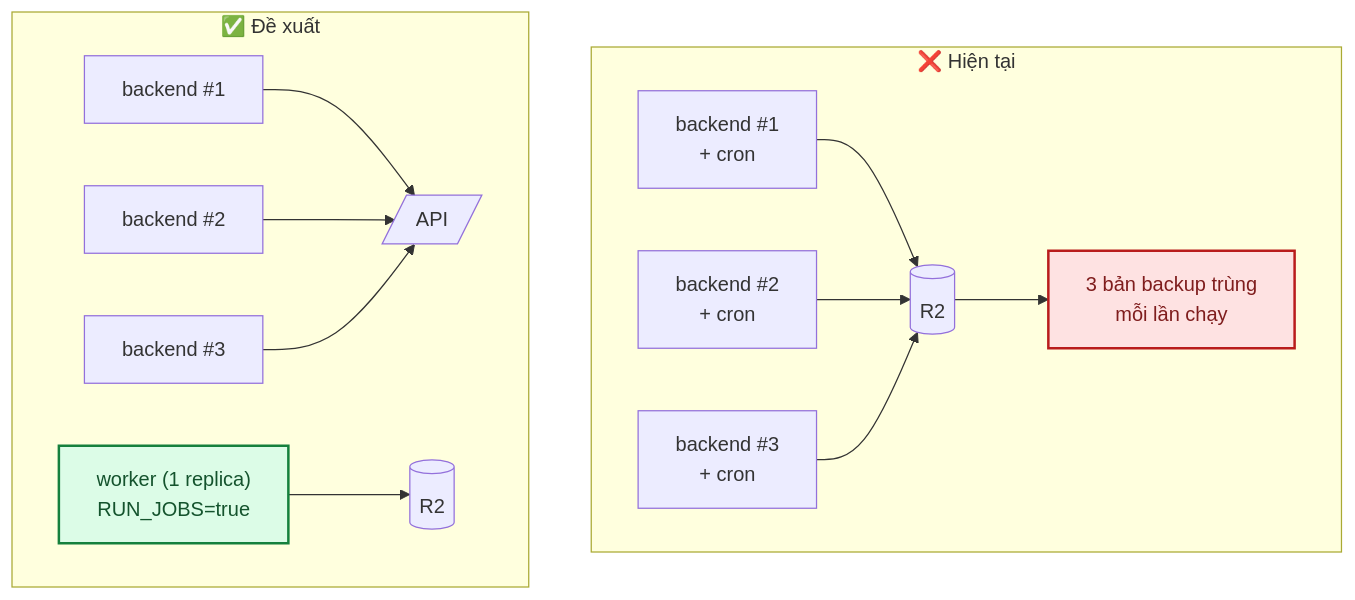
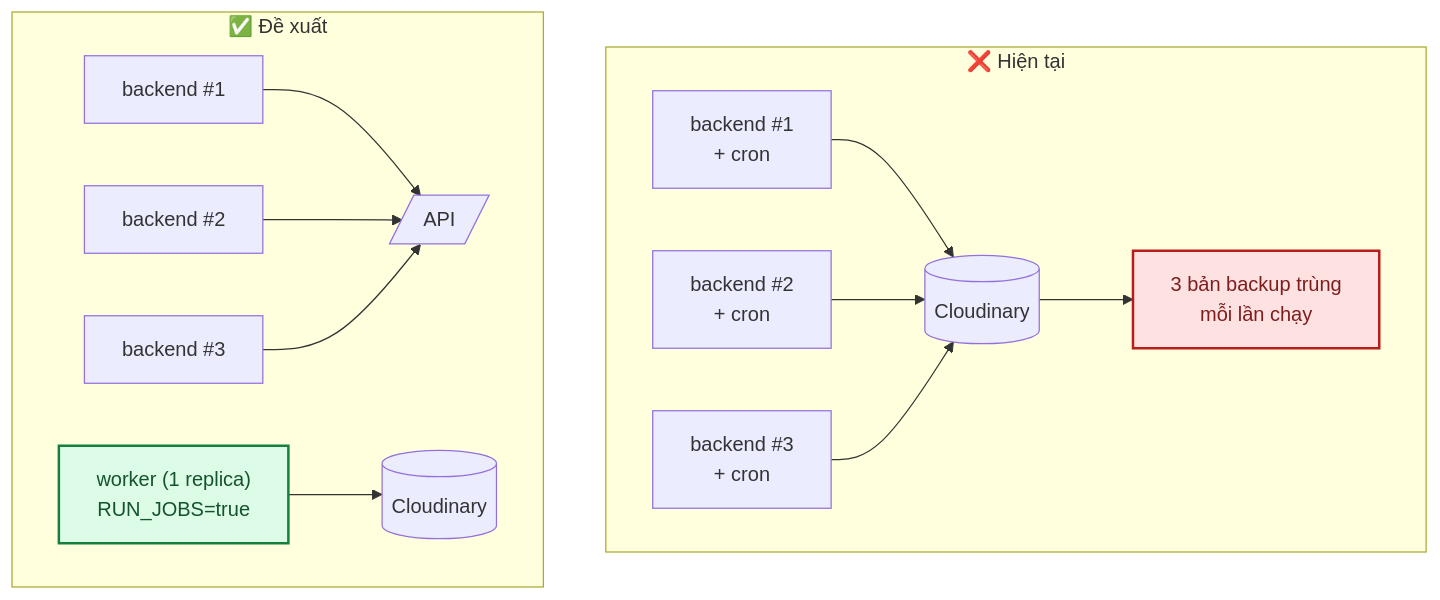
One commit to Hungvu0712/FLOWER changed the fourth of 6 diagrams in docs/12-danh-gia-va-de-xuat.md. Above: the diagram before and after it, drawn with Mermaid. The commit also changed other lines of this file and 40 other files, not shown here.

````diff
--- a/docs/12-danh-gia-va-de-xuat.md
+++ b/docs/12-danh-gia-va-de-xuat.md
@@ -309,18 +309,18 @@
 ```mermaid
 flowchart TD
     subgraph NOW["❌ Hiện tại"]
-        A1["backend #1<br/>+ cron"] --> R1[(R2)]
-        A2["backend #2<br/>+ cron"] --> R1
-        A3["backend #3<br/>+ cron"] --> R1
-        R1 --> DUP["3 bản backup trùng<br/>mỗi lần chạy"]
+        A1["backend #1<br/>+ cron"] --> CD1[(Cloudinary)]
+        A2["backend #2<br/>+ cron"] --> CD1
+        A3["backend #3<br/>+ cron"] --> CD1
+        CD1 --> DUP["3 bản backup trùng<br/>mỗi lần chạy"]
     end
     subgraph FIX["✅ Đề xuất"]
         B1["backend #1"] --> LB[/API/]
         B2["backend #2"] --> LB
         B3["backend #3"] --> LB
-        W["worker (1 replica)<br/>RUN_JOBS=true"] --> R2B[(R2)]
+        W["worker (1 replica)<br/>RUN_JOBS=true"] --> CD2[(Cloudinary)]
     end
 
     style DUP fill:#fee2e2,stroke:#b91c1c,stroke-width:2px,color:#7f1d1d
     style W fill:#dcfce7,stroke:#15803d,stroke-width:2px,color:#14532d
 ```
````
